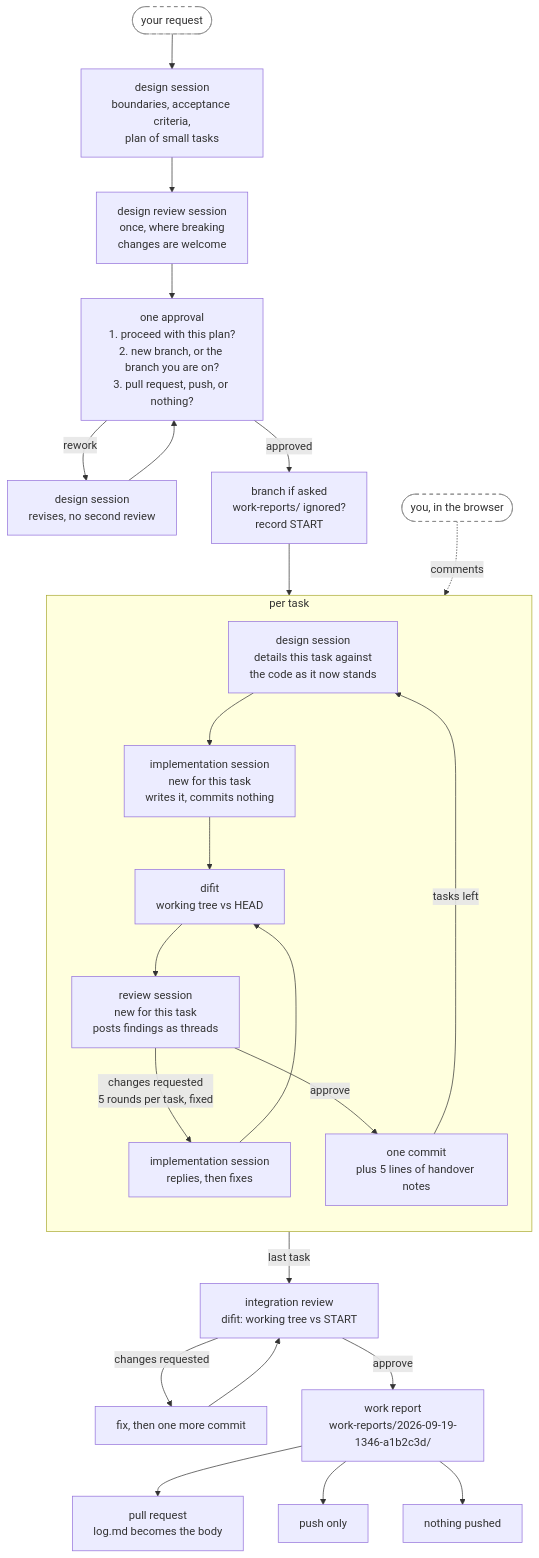
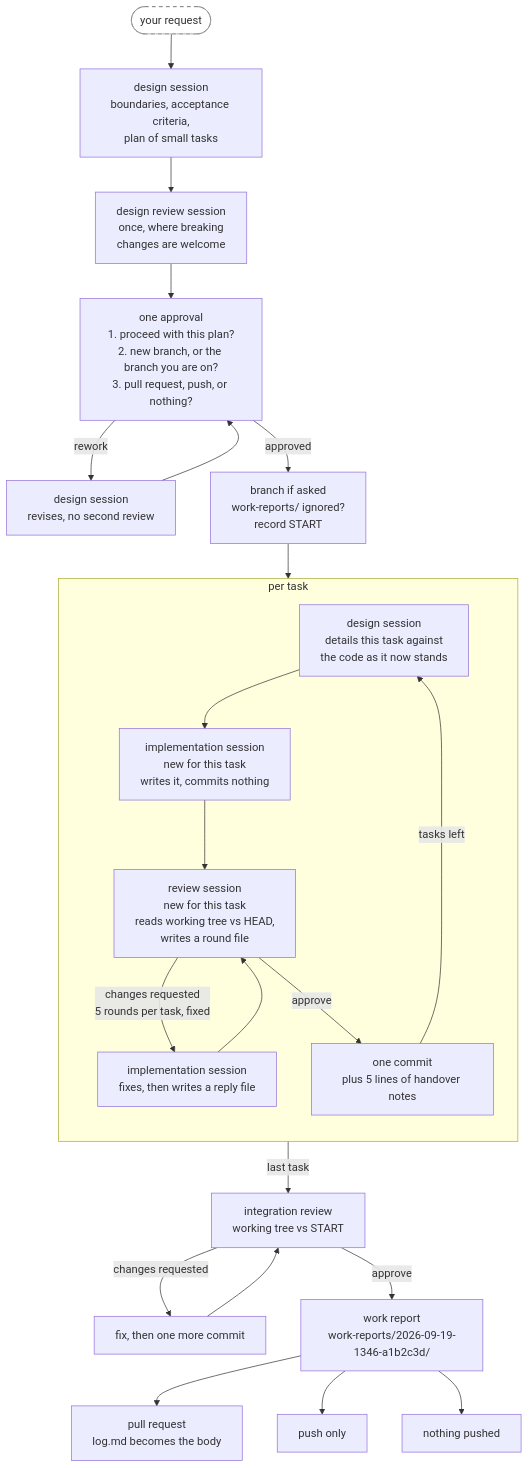
One commit to annetaan/claude-plugins changed the first of 3 diagrams in plugins/annetaan/README.md. Above: the diagram before and after it, drawn with Mermaid. The commit also changed other lines of this file and 13 other files, not shown here.

First line of the commit message:
feat: run the workflow review rounds through files instead of difit (#15)

````diff
--- a/plugins/annetaan/README.md
+++ b/plugins/annetaan/README.md
@@ -37,36 +37,33 @@
 ```mermaid
 flowchart TD
     req(["your request"]) --> design["design session<br/>boundaries, acceptance criteria,<br/>plan of small tasks"]
     design --> dreview["design review session<br/>once, where breaking<br/>changes are welcome"] --> ask["one approval<br/>1. proceed with this plan?<br/>2. new branch, or the branch you are on?<br/>3. pull request, push, or nothing?"]
     ask -->|rework| redo["design session<br/>revises, no second review"] --> ask
     ask -->|approved| setup["branch if asked<br/>work-reports/ ignored?<br/>record START"]
     setup --> detail
 
     subgraph task["per task"]
         direction TB
         detail["design session<br/>details this task against<br/>the code as it now stands"]
         impl["implementation session<br/>new for this task<br/>writes it, commits nothing"]
-        difit["difit<br/>working tree vs HEAD"]
-        review["review session<br/>new for this task<br/>posts findings as threads"]
-        respond["implementation session<br/>replies, then fixes"]
+        review["review session<br/>new for this task<br/>reads working tree vs HEAD,<br/>writes a round file"]
+        respond["implementation session<br/>fixes, then writes a reply file"]
         commit["one commit<br/>plus 5 lines of handover notes"]
-        detail --> impl --> difit --> review
+        detail --> impl --> review
         review -->|"changes requested<br/>5 rounds per task, fixed"| respond
-        respond --> difit
+        respond --> review
         review -->|approve| commit
         commit -->|tasks left| detail
     end
 
-    commit -->|last task| integ["integration review<br/>difit: working tree vs START"]
+    commit -->|last task| integ["integration review<br/>working tree vs START"]
     integ -->|changes requested| integfix["fix, then one more commit"]
     integfix --> integ
     integ -->|approve| report["work report<br/>work-reports/2026-09-19-1346-a1b2c3d/"]
     report --> pr["pull request<br/>log.md becomes the body"]
     report --> push["push only"]
     report --> local["nothing pushed"]
 
-    you(["you, in the browser"]) -.->|comments| difit
-
     classDef human fill:#fff,stroke:#888,stroke-dasharray: 5 5
-    class req,you human
+    class req human
 ```
````
